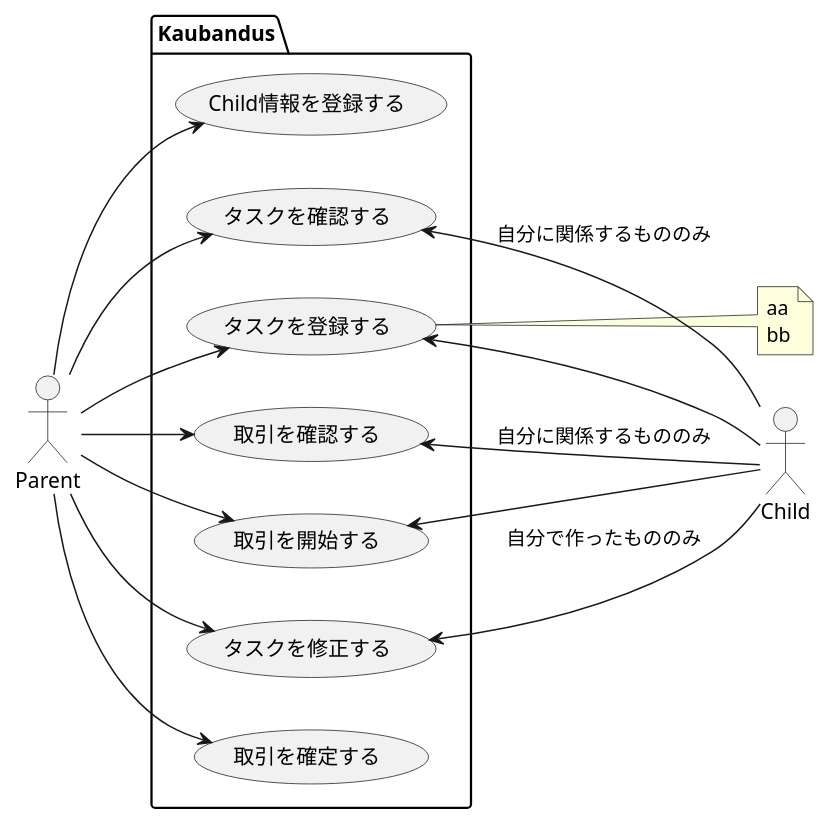
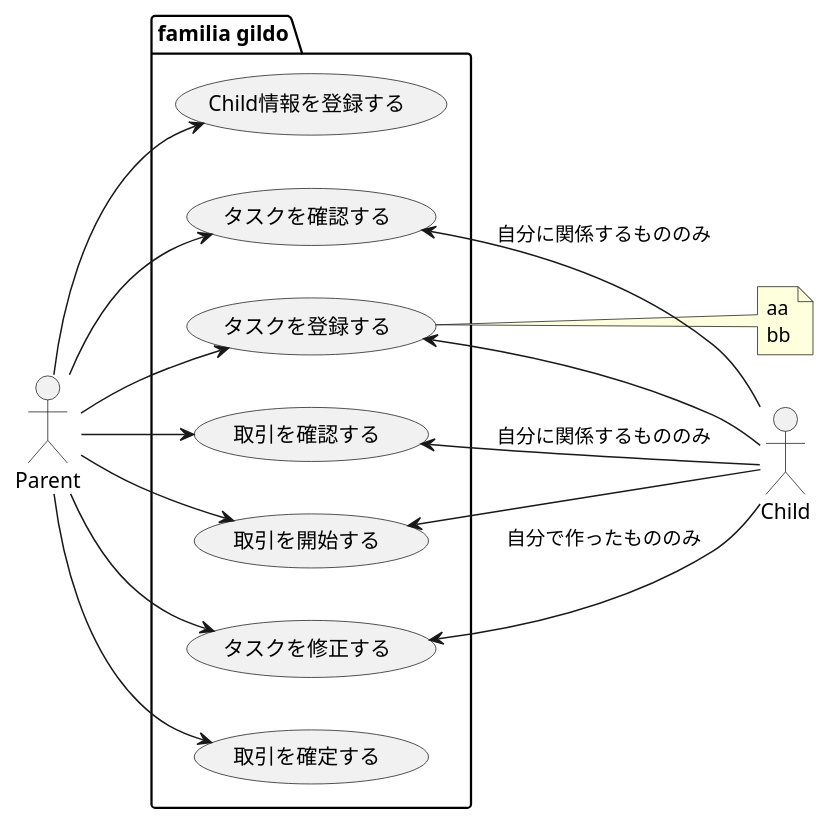
One commit to sky0621/familiagildo changed the diagram in design/usecase/usecase.puml. Above: the diagram before and after it, drawn with PlantUML. The commit also changed 8 other files, not shown here.

```diff
--- a/design/usecase/usecase.puml
+++ b/design/usecase/usecase.puml
@@ -1,41 +1,41 @@
 @startuml
 
 left to right direction
 
 actor Parent as p
 actor Child as c
 
-package Kaubandus {
+package "familia gildo" {
     usecase "Child情報を登録する" as crc
     usecase "タスクを確認する" as cht
     usecase "タスクを登録する" as crt
     usecase "タスクを修正する" as upt
     usecase "取引を確認する" as chtr
     usecase "取引を開始する" as sttr
     usecase "取引を確定する" as dctr
 }
 
 p --> cht
 p --> crt
 p --> upt
 
 p --> chtr
 p --> sttr
 p --> dctr
 
 p --> crc
 
 
 cht <-- c : "自分に関係するもののみ"
 crt <-- c
 upt <-- c : "自分で作ったもののみ"
 
 chtr <-- c : "自分に関係するもののみ"
 sttr <-- c
 
 note right of crt
 aa
 bb
 end note
 
 @enduml
```
